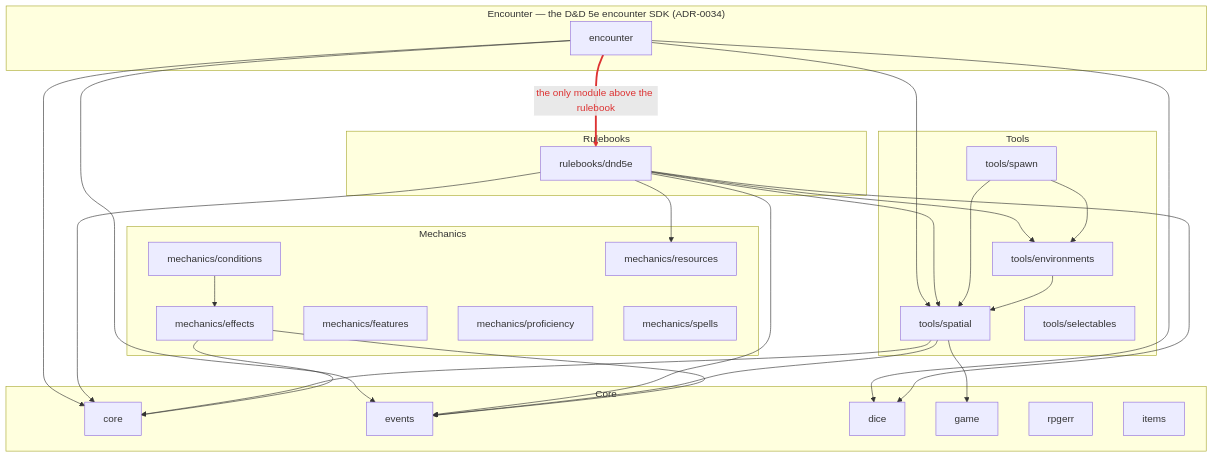
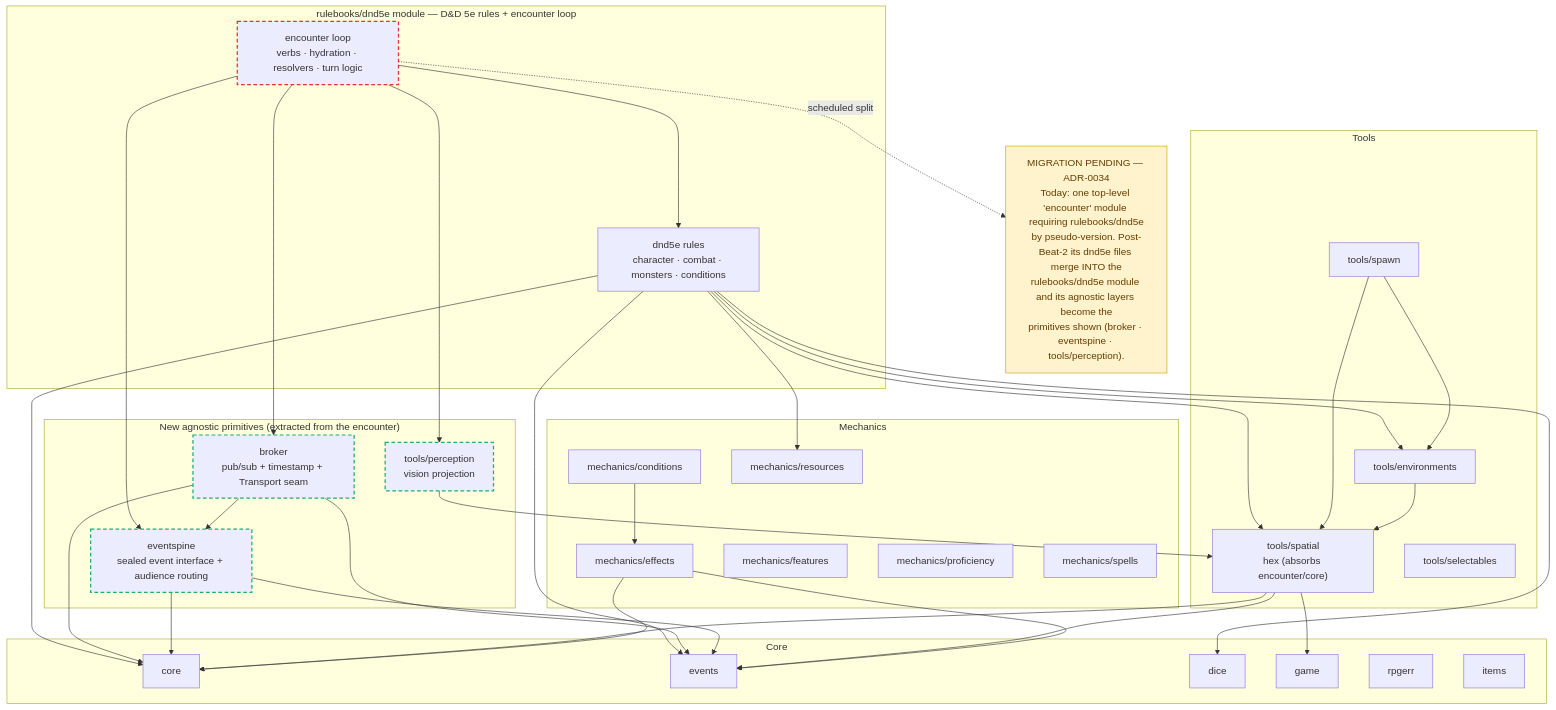
Before and after one commit to KirkDiggler/rpg-toolkit: the first of 2 diagrams in docs/architecture/overview.md, drawn with Mermaid. The commit also changed other lines of this file and 1 other file, not shown here.

````diff
--- a/docs/architecture/overview.md
+++ b/docs/architecture/overview.md
@@ -31,42 +33,55 @@
 ```mermaid
 flowchart TD
-  subgraph ENCL["Encounter — the D&D 5e encounter SDK (ADR-0034)"]
-    ENC["encounter"]
+  subgraph RB["rulebooks/dnd5e module — D&D 5e rules + encounter loop"]
+    DND["dnd5e rules<br/>character · combat · monsters · conditions"]
+    ENC["encounter loop<br/>verbs · hydration · resolvers · turn logic"]
+    ENC --> DND
   end
-  subgraph RB["Rulebooks"]
-    DND["rulebooks/dnd5e"]
+  subgraph PRIM["New agnostic primitives (extracted from the encounter)"]
+    BROKER["broker<br/>pub/sub + timestamp + Transport seam"]
+    SPINE["eventspine<br/>sealed event interface + audience routing"]
+    PERC["tools/perception<br/>vision projection"]
   end
   subgraph TOOLS["Tools"]
-    SPATIAL["tools/spatial"]
+    SPATIAL["tools/spatial<br/>hex (absorbs encounter/core)"]
     ENV["tools/environments"]
     SEL["tools/selectables"]
     SPAWN["tools/spawn"]
   end
   subgraph MECH["Mechanics"]
     EFFECTS["mechanics/effects"]
     COND["mechanics/conditions"]
     RES["mechanics/resources"]
     FEAT["mechanics/features"]
     PROF["mechanics/proficiency"]
     SPELLS["mechanics/spells"]
   end
   subgraph CORELYR["Core"]
     C["core"]
     EV["events"]
     DICE["dice"]
     GAME["game"]
     ERR["rpgerr"]
     ITEMS["items"]
   end
 
-  ENC ==>|"the only module above the rulebook"| DND
-  ENC --> SPATIAL & EV & C & DICE
+  ENC --> BROKER & SPINE & PERC
   DND --> RES & ENV & SPATIAL & EV & C & DICE
+  BROKER --> SPINE & EV & C
+  SPINE --> EV & C
+  PERC --> SPATIAL
   SPAWN --> ENV & SPATIAL
   ENV --> SPATIAL
   SPATIAL --> GAME & EV & C
   COND --> EFFECTS
   EFFECTS --> EV & C
 
-  linkStyle 0 stroke:#d33,stroke-width:3px,color:#d33
+  MIG["MIGRATION PENDING — ADR-0034<br/>Today: one top-level 'encounter' module requiring rulebooks/dnd5e<br/>by pseudo-version. Post-Beat-2 its dnd5e files merge INTO the<br/>rulebooks/dnd5e module and its agnostic layers become the<br/>primitives shown (broker · eventspine · tools/perception)."]
+  ENC -.->|"scheduled split"| MIG
+
+  style ENC stroke:#d33,stroke-width:2px,stroke-dasharray:6 4
+  style BROKER stroke:#2a7,stroke-width:2px,stroke-dasharray:6 4
+  style SPINE stroke:#2a7,stroke-width:2px,stroke-dasharray:6 4
+  style PERC stroke:#2a7,stroke-width:2px,stroke-dasharray:6 4
+  style MIG fill:#fff3cd,stroke:#d39e00,color:#663c00
 ```
````
